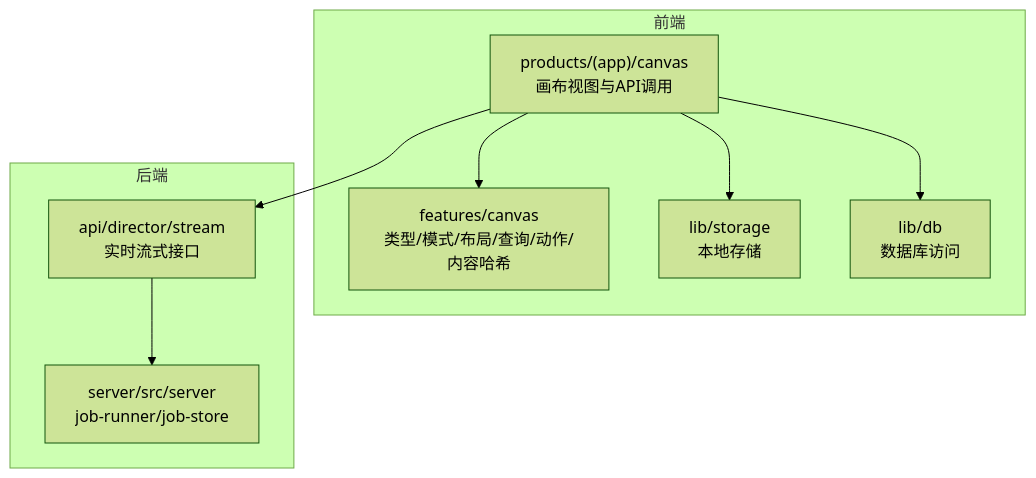
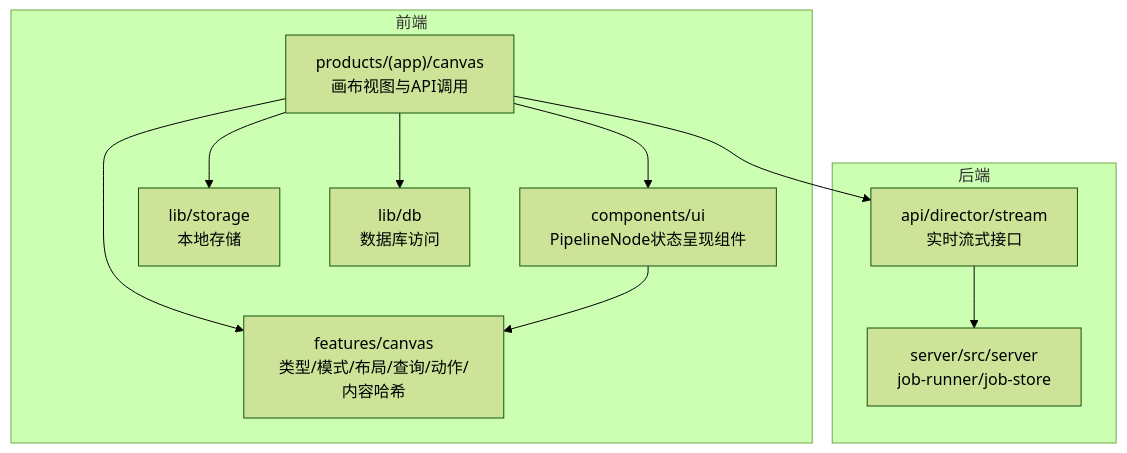
One commit to scottcwy/PurpleInk changed the first of 5 diagrams in .qoder/repowiki/zh/content/画布编辑器/画布状态管理.md. Above: the diagram before and after it, drawn with Mermaid (forest theme). The commit also changed other lines of this file and 23 other files, not shown here.

````diff
--- a/.qoder/repowiki/zh/content/画布编辑器/画布状态管理.md
+++ b/.qoder/repowiki/zh/content/画布编辑器/画布状态管理.md
@@ -56,18 +60,21 @@
 ```mermaid
 graph TB
 subgraph "前端"
 A["features/canvas<br/>类型/模式/布局/查询/动作/内容哈希"]
-B["products/(app)/canvas<br/>画布视图与API调用"]
-C["lib/storage<br/>本地存储"]
-D["lib/db<br/>数据库访问"]
+B["components/ui<br/>PipelineNode状态呈现组件"]
+C["products/(app)/canvas<br/>画布视图与API调用"]
+D["lib/storage<br/>本地存储"]
+E["lib/db<br/>数据库访问"]
 end
 subgraph "后端"
-E["api/director/stream<br/>实时流式接口"]
-F["server/src/server<br/>job-runner/job-store"]
+F["api/director/stream<br/>实时流式接口"]
+G["server/src/server<br/>job-runner/job-store"]
 end
+C --> A
+C --> B
+C --> F
+C --> D
+C --> E
+F --> G
 B --> A
-B --> E
-B --> C
-B --> D
-E --> F
 ```
````
